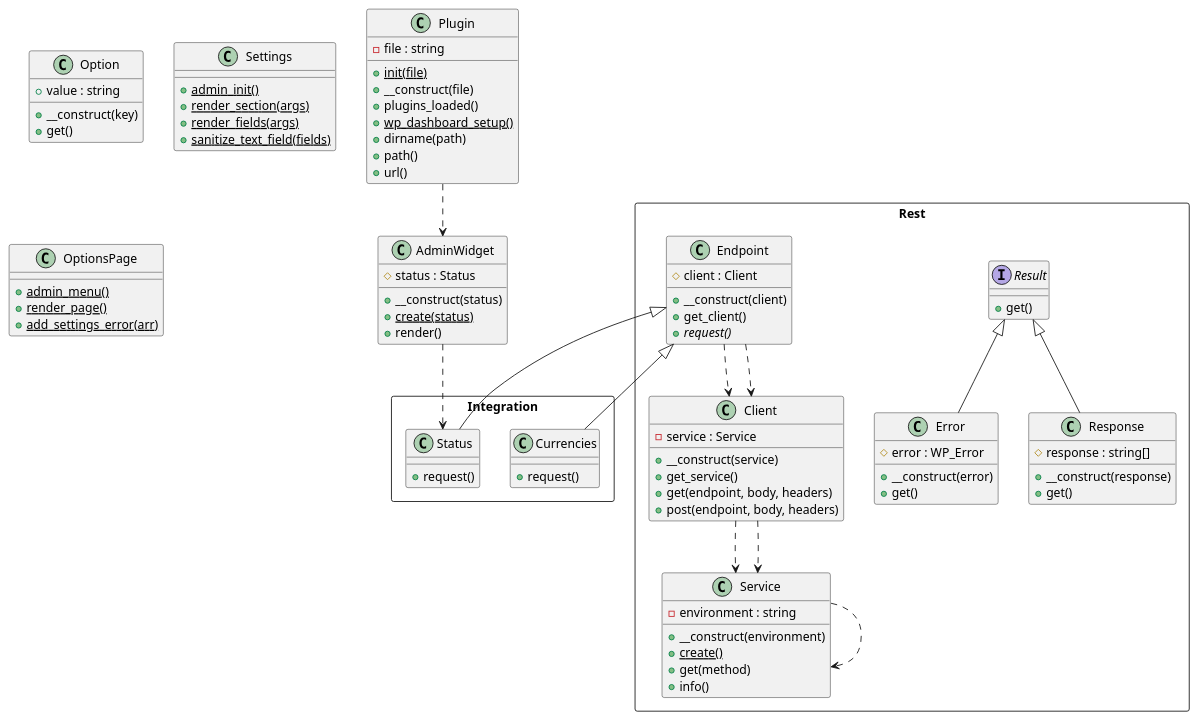
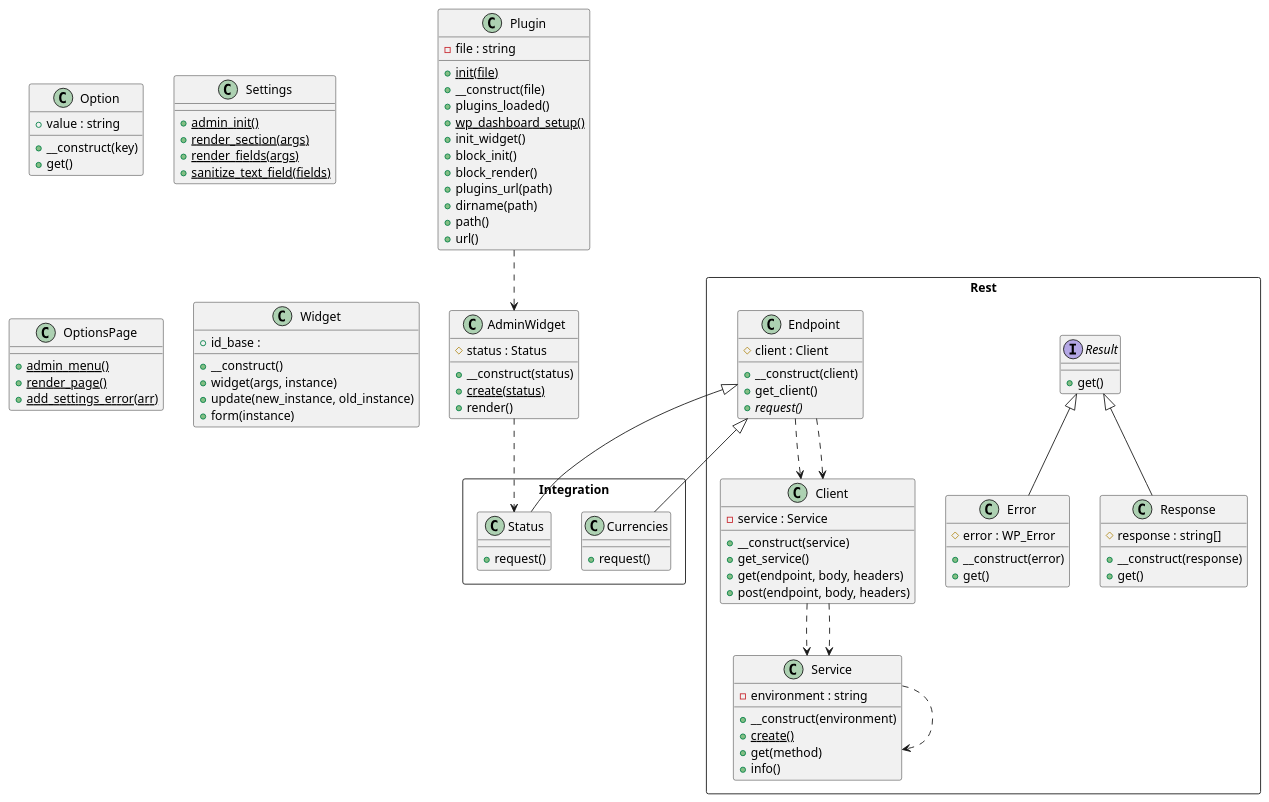
One commit to lloc/wp-nowpayments-integration changed the diagram in plantuml_gist.puml. Above: the diagram before and after it, drawn with PlantUML. The commit also changed 5 other files, not shown here.

Commit message:
Widget & block added

```diff
--- a/plantuml_gist.puml
+++ b/plantuml_gist.puml
@@ -1,88 +1,99 @@
 @startuml class-diagram
   class Option {
     +value : string
     +__construct(key)
     +get()
   }
   class Settings {
     {static} +admin_init()
     {static} +render_section(args)
     {static} +render_fields(args)
     {static} +sanitize_text_field(fields)
   }
   class Plugin {
     -file : string
     {static} +init(file)
     +__construct(file)
     +plugins_loaded()
     {static} +wp_dashboard_setup()
+    +init_widget()
+    +block_init()
+    +block_render()
+    +plugins_url(path)
     +dirname(path)
     +path()
     +url()
   }
   class AdminWidget {
     #status : Status
     +__construct(status)
     {static} +create(status)
     +render()
   }
   class OptionsPage {
     {static} +admin_menu()
     {static} +render_page()
     {static} +add_settings_error(arr)
+  }
+  class Widget {
+    +id_base : 
+    +__construct()
+    +widget(args, instance)
+    +update(new_instance, old_instance)
+    +form(instance)
   }
   package Integration as Integration <<Rectangle>> {
     class Integration.Status {
       +request()
     }
     class Integration.Currencies {
       +request()
     }
   }
   package Rest as Rest <<Rectangle>> {
     interface Rest.Result {
       +get()
     }
     class Rest.Error {
       #error : WP_Error
       +__construct(error)
       +get()
     }
     class Rest.Service {
       -environment : string
       +__construct(environment)
       {static} +create()
       +get(method)
       +info()
     }
     class Rest.Client {
       -service : Service
       +__construct(service)
       +get_service()
       +get(endpoint, body, headers)
       +post(endpoint, body, headers)
     }
     class Rest.Response {
       #response : string[]
       +__construct(response)
       +get()
     }
     class Rest.Endpoint {
       #client : Client
       +__construct(client)
       +get_client()
       {abstract} +request()
     }
   }
   AdminWidget ..> Integration.Status
   Plugin ..> AdminWidget
   Rest.Client ..> Rest.Service
   Rest.Client ..> Rest.Service
   Rest.Endpoint ..> Rest.Client
   Rest.Endpoint ..> Rest.Client
   Rest.Endpoint <|-- Integration.Currencies
   Rest.Endpoint <|-- Integration.Status
   Rest.Result <|-- Rest.Error
   Rest.Result <|-- Rest.Response
   Rest.Service ..> Rest.Service
 @enduml
```
